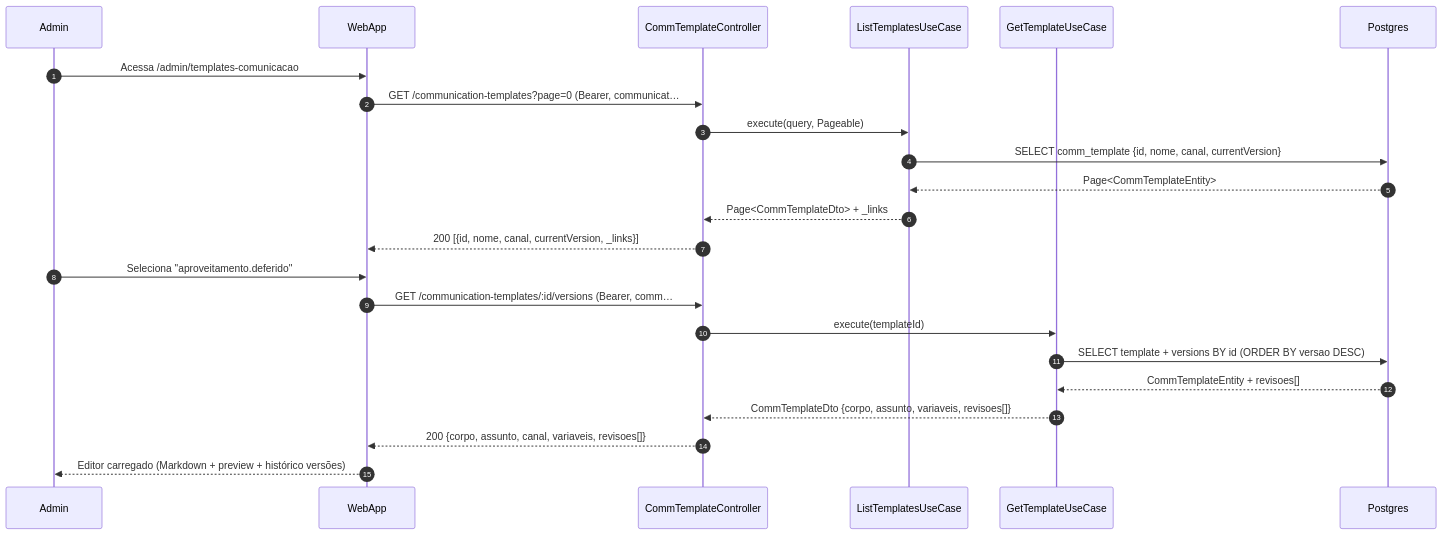
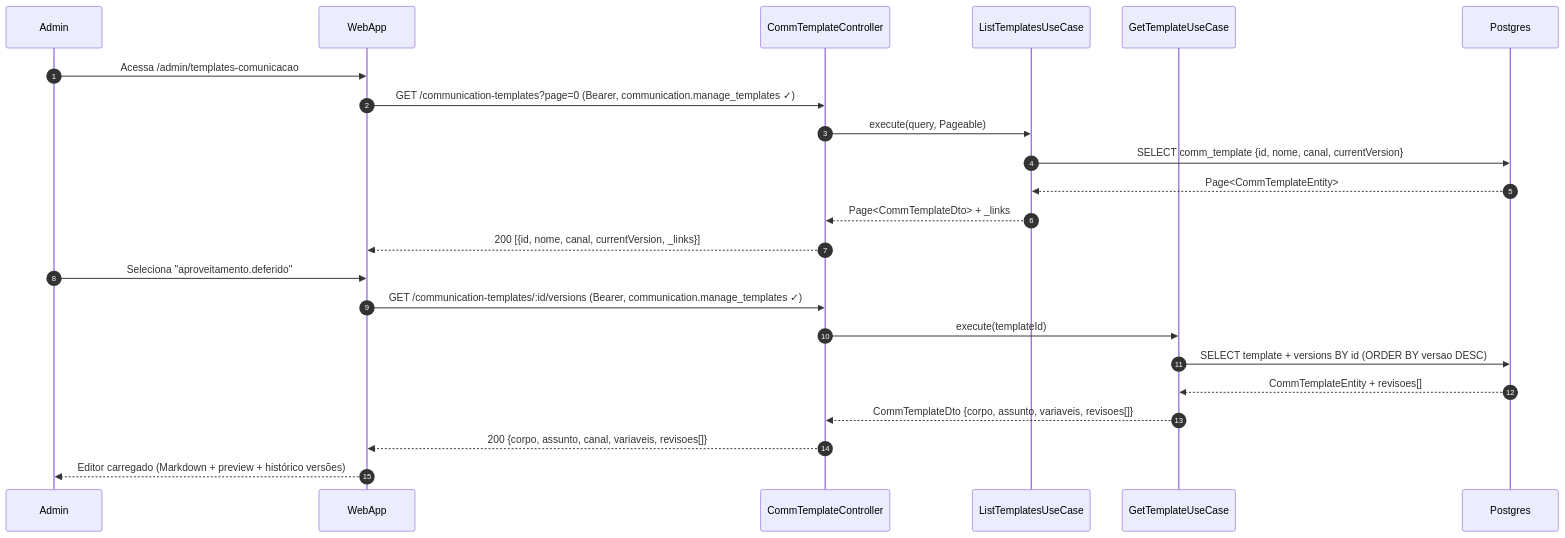
The first of 5 diagrams in foundationDocs/sequenceDiagrams/F7 — Admin/US-F7-004-TEMPLATES-COMUNICACAO.md (umishell/secretariaOnline2), drawn with Mermaid before and after one commit. The commit also changed other lines of this file and 70 other files, not shown here.

First line of the commit message:
Enhance database documentation and introduce new schema files

````diff
--- a/foundationDocs/sequenceDiagrams/F7 — Admin/US-F7-004-TEMPLATES-COMUNICACAO.md
+++ b/foundationDocs/sequenceDiagrams/F7 — Admin/US-F7-004-TEMPLATES-COMUNICACAO.md
@@ -61,26 +61,26 @@
 ```mermaid
 sequenceDiagram
     autonumber
     participant Admin
     participant WebApp
     participant CTController as CommTemplateController
     participant ListTemplatesUC as ListTemplatesUseCase
     participant GetTemplateUC as GetTemplateUseCase
     participant Postgres
 
     Admin->>WebApp: Acessa /admin/templates-comunicacao
-    WebApp->>CTController: GET /communication-templates?page=0 (Bearer, communicat…
+    WebApp->>CTController: GET /communication-templates?page=0 (Bearer, communication.manage_templates ✓)
     CTController->>ListTemplatesUC: execute(query, Pageable)
     ListTemplatesUC->>Postgres: SELECT comm_template {id, nome, canal, currentVersion}
     Postgres-->>ListTemplatesUC: Page<CommTemplateEntity>
     ListTemplatesUC-->>CTController: Page<CommTemplateDto> + _links
     CTController-->>WebApp: 200 [{id, nome, canal, currentVersion, _links}]
     Admin->>WebApp: Seleciona "aproveitamento.deferido"
-    WebApp->>CTController: GET /communication-templates/:id/versions (Bearer, comm…
+    WebApp->>CTController: GET /communication-templates/:id/versions (Bearer, communication.manage_templates ✓)
     CTController->>GetTemplateUC: execute(templateId)
     GetTemplateUC->>Postgres: SELECT template + versions BY id (ORDER BY versao DESC)
     Postgres-->>GetTemplateUC: CommTemplateEntity + revisoes[]
     GetTemplateUC-->>CTController: CommTemplateDto {corpo, assunto, variaveis, revisoes[]}
     CTController-->>WebApp: 200 {corpo, assunto, canal, variaveis, revisoes[]}
     WebApp-->>Admin: Editor carregado (Markdown + preview + histórico versões)
 ```
````
